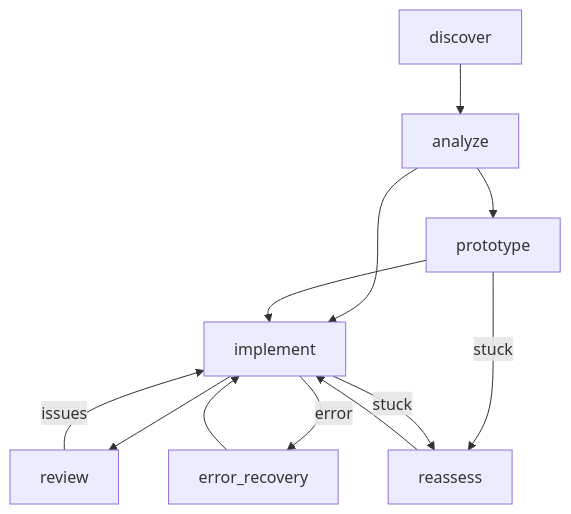
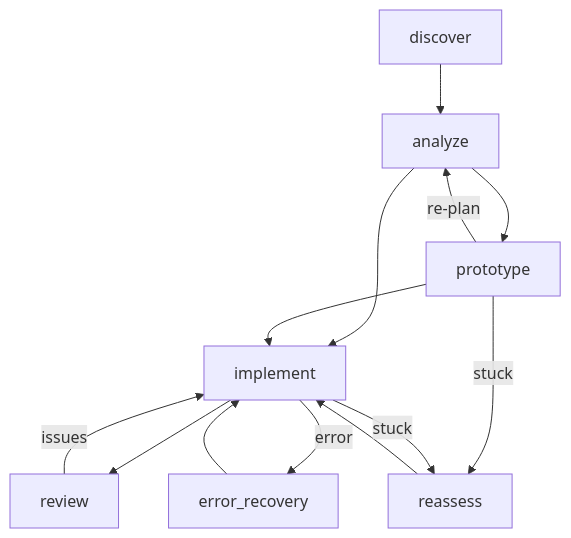
One commit to GEMISIS/leviath changed the second of 10 diagrams in docs/content/agent-catalog.md. Above: the diagram before and after it, drawn with Mermaid. The commit also changed other lines of this file, not shown here.

````diff
--- a/docs/content/agent-catalog.md
+++ b/docs/content/agent-catalog.md
@@ -61,14 +67,15 @@
 ```mermaid
 flowchart TD
     discover --> analyze
     analyze --> implement
     analyze --> prototype
     prototype --> implement
+    prototype -->|re-plan| analyze
     prototype -->|stuck| reassess
     implement --> review
     review -->|issues| implement
     implement -->|stuck| reassess
     reassess --> implement
     implement -->|error| error_recovery
     error_recovery --> implement
 ```
````
